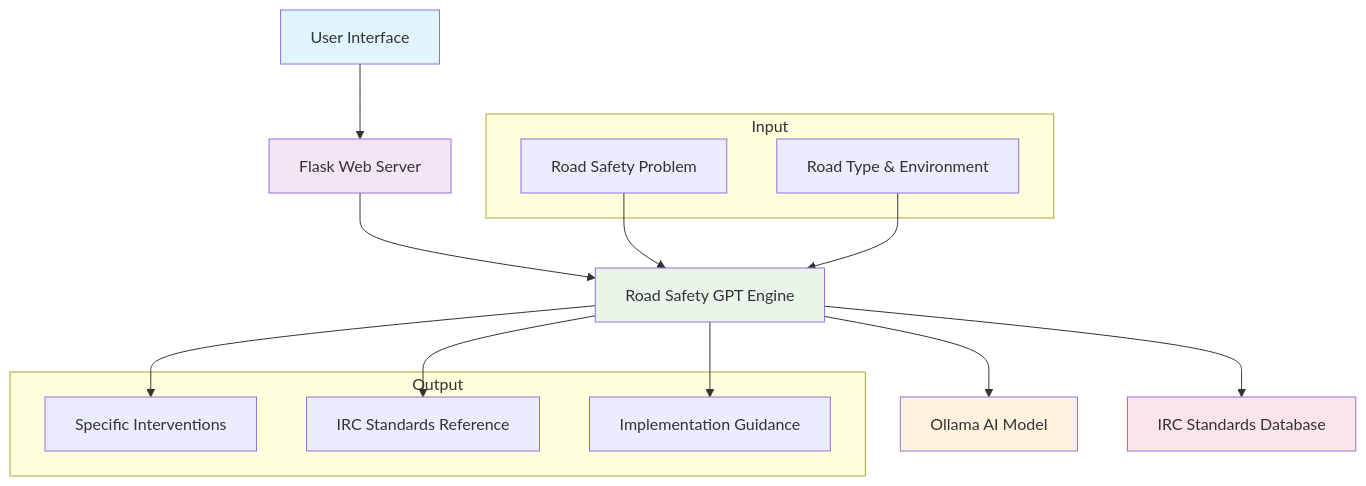
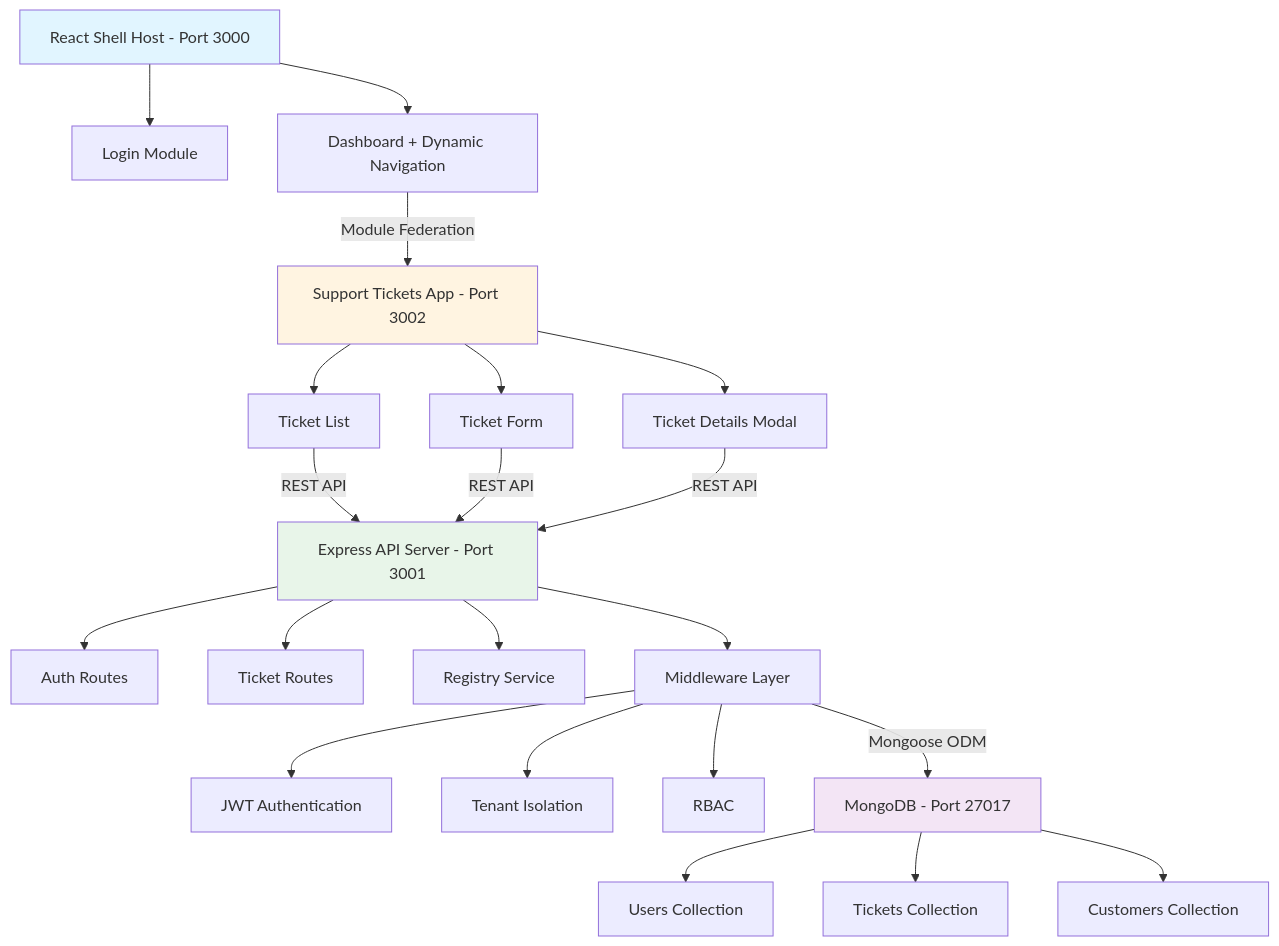
Before and after one commit to BitGladiator/Road_Safety_GPT: the diagram in README.md, drawn with Mermaid. The commit also changed other lines of this file and 78 other files, not shown here.

````diff
--- a/README.md
+++ b/README.md
@@ -34,30 +39,35 @@
 ```mermaid
-flowchart TD
-    A[User Interface] --> B[Flask Web Server]
-    B --> C[Road Safety GPT Engine]
-    C --> D[Ollama AI Model]
-    C --> E[IRC Standards Database]
+graph TD
+    A[React Shell Host - Port 3000] --> B[Login Module]
+    A --> C[Dashboard + Dynamic Navigation]
     
-    subgraph Input
-        F[Road Safety Problem]
-        G[Road Type & Environment]
-    end
+    C -->|Module Federation| D[Support Tickets App - Port 3002]
     
-    subgraph Output
-        H[Specific Interventions]
-        I[IRC Standards Reference]
-        J[Implementation Guidance]
-    end
+    D --> E[Ticket List]
+    D --> F[Ticket Form]
+    D --> G[Ticket Details Modal]
     
-    F --> C
-    G --> C
-    C --> H
-    C --> I
-    C --> J
+    E -->|REST API| H[Express API Server - Port 3001]
+    F -->|REST API| H
+    G -->|REST API| H
     
-    style A fill:#e1f5fe
-    style B fill:#f3e5f5
-    style C fill:#e8f5e8
-    style D fill:#fff3e0
-    style E fill:#fce4ec
+    H --> I[Auth Routes]
+    H --> J[Ticket Routes]
+    H --> K[Registry Service]
+    
+    H --> L[Middleware Layer]
+    L --> M[JWT Authentication]
+    L --> N[Tenant Isolation]
+    L --> O[RBAC]
+    
+    L -->|Mongoose ODM| P[MongoDB - Port 27017]
+    
+    P --> Q[Users Collection]
+    P --> R[Tickets Collection]
+    P --> S[Customers Collection]
+    
+    style A fill:#e1f5ff
+    style D fill:#fff4e1
+    style H fill:#e8f5e9
+    style P fill:#f3e5f5
 ```
````
